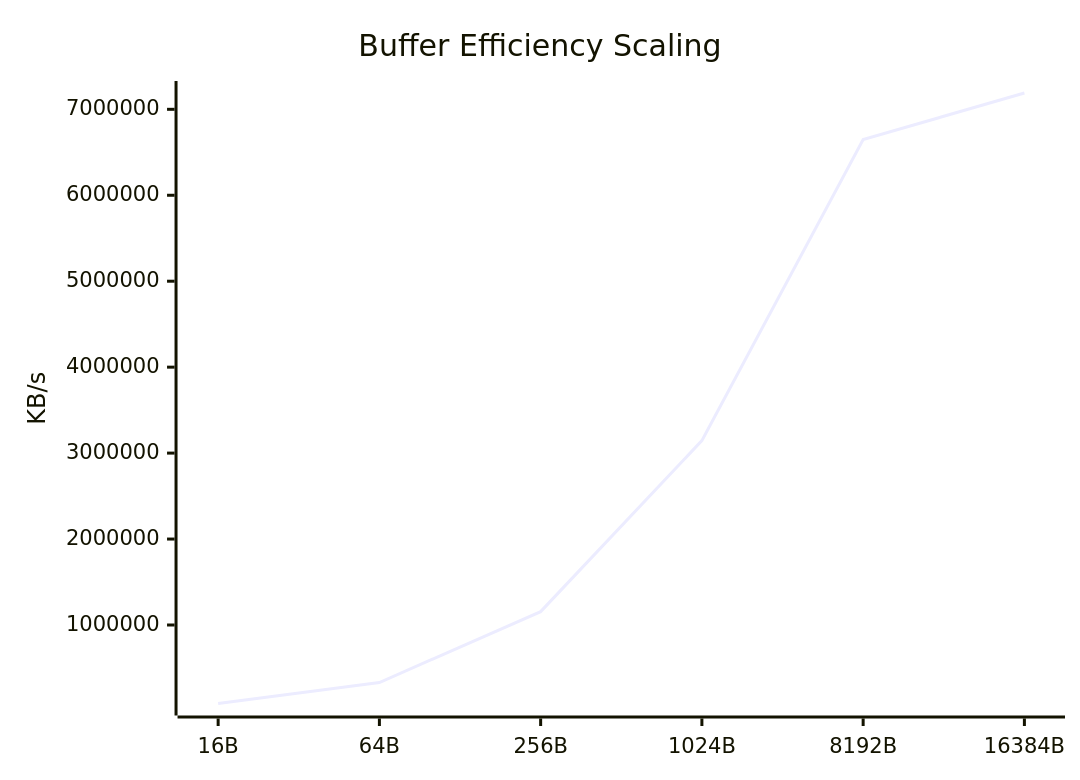
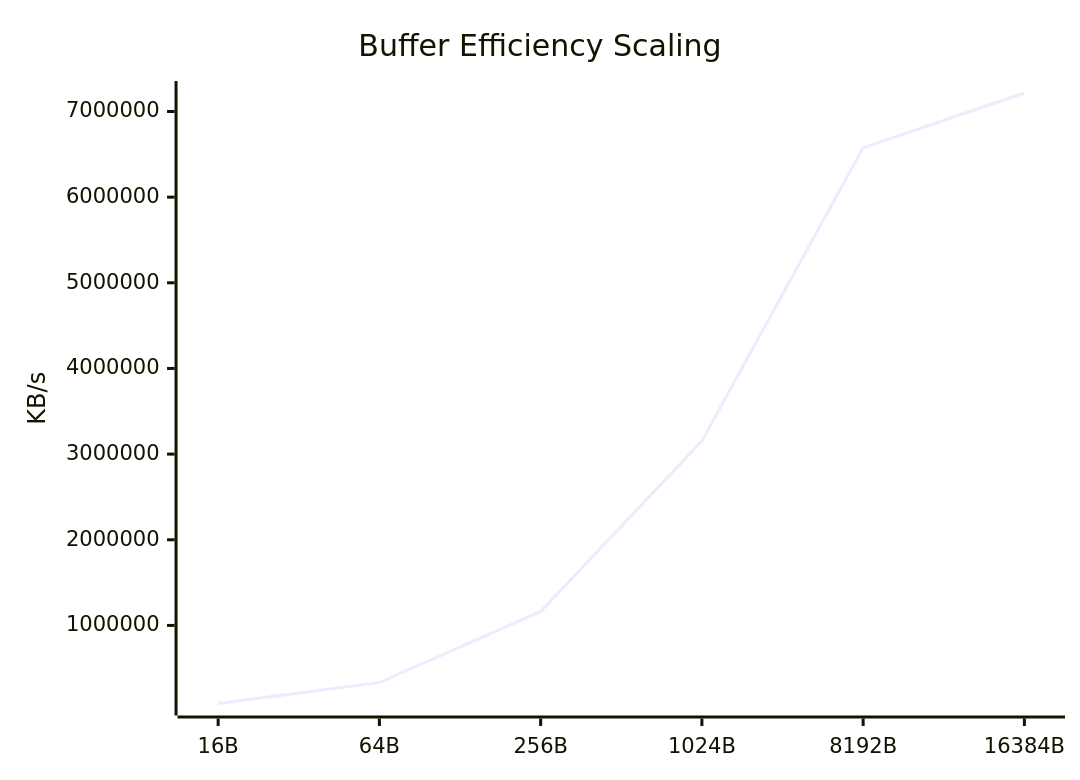
The sixth of 9 diagrams in docs/Comparison_Report.md (taha2samy/openssl_fips), drawn with Mermaid before and after one commit. The commit also changed other lines of this file and 2 other files, not shown here.

````diff
--- a/docs/Comparison_Report.md
+++ b/docs/Comparison_Report.md
@@ -102,7 +102,7 @@
 ```mermaid
 xychart-beta
     title "Buffer Efficiency Scaling"
     x-axis [16B, 64B, 256B, 1024B, 8192B, 16384B]
     y-axis "KB/s"
-    line [86628.61, 330710.78, 1155406.98, 3145547.26, 6647492.61, 7189815.3]
+    line [88570.23, 332834.4, 1162948.48, 3153376.26, 6576709.63, 7215718.4]
 ```
````
